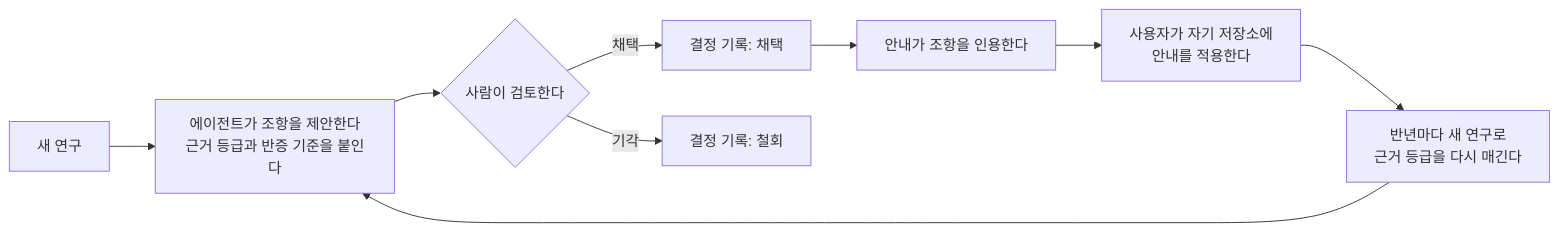
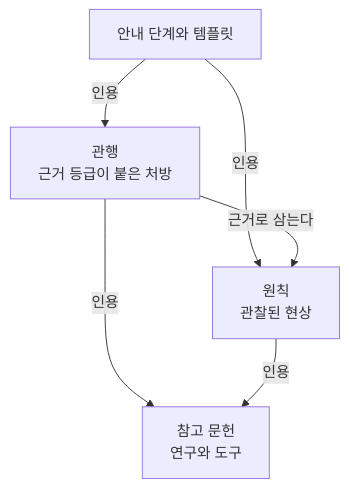
The second of 2 diagrams in README.ko.md (dalsoop/stable-agent-documentation-guidebook), drawn with Mermaid before and after one commit. The commit also changed other lines of this file and 8 other files, not shown here.

````diff
--- a/README.ko.md
+++ b/README.ko.md
@@ -23,11 +31,8 @@
 ```mermaid
-flowchart LR
-  S["새 연구"] --> C["에이전트가 조항을 제안한다<br/>근거 등급과 반증 기준을 붙인다"]
-  C --> H{"사람이 검토한다"}
-  H -->|채택| A["결정 기록: 채택"]
-  H -->|기각| W["결정 기록: 철회"]
-  A --> G["안내가 조항을 인용한다"]
-  G --> U["사용자가 자기 저장소에<br/>안내를 적용한다"]
-  U --> T["반년마다 새 연구로<br/>근거 등급을 다시 매긴다"]
-  T --> C
+flowchart TB
+  G["안내 단계와 템플릿"] -->|인용| R["관행<br/>근거 등급이 붙은 처방"]
+  G -->|인용| P["원칙<br/>관찰된 현상"]
+  R -->|근거로 삼는다| P
+  R -->|인용| REF["참고 문헌<br/>연구와 도구"]
+  P -->|인용| REF
 ```
````
